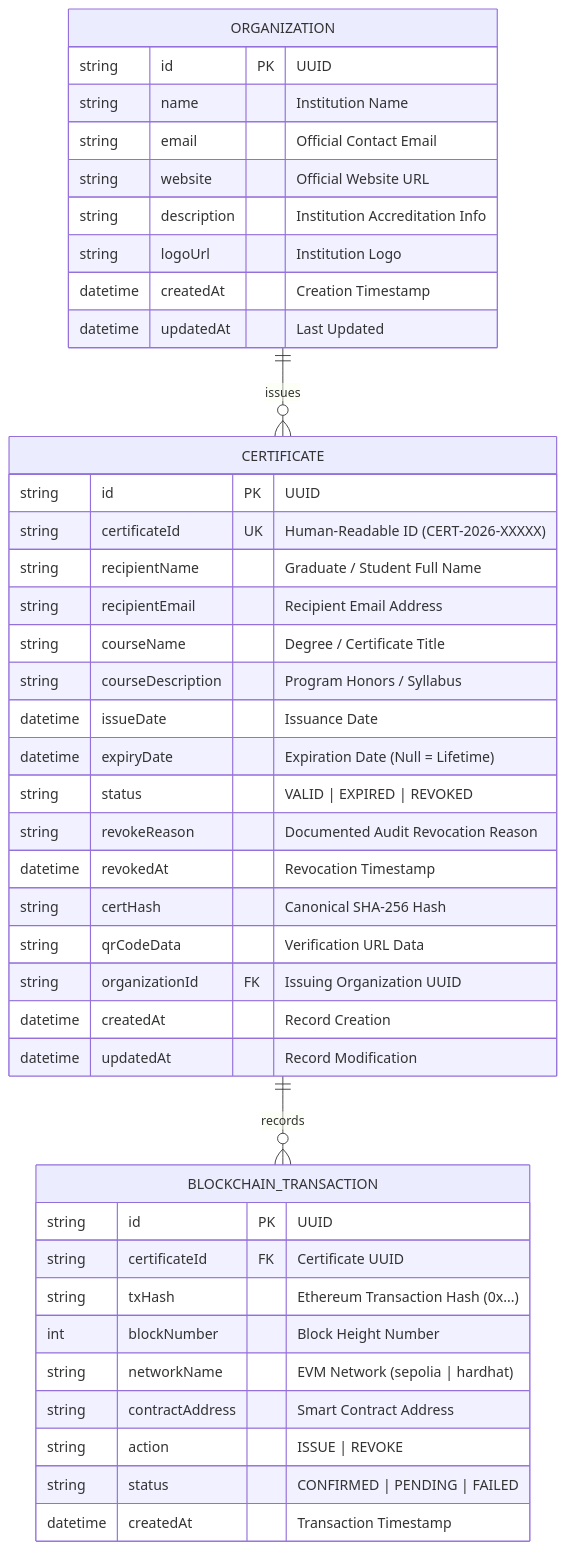
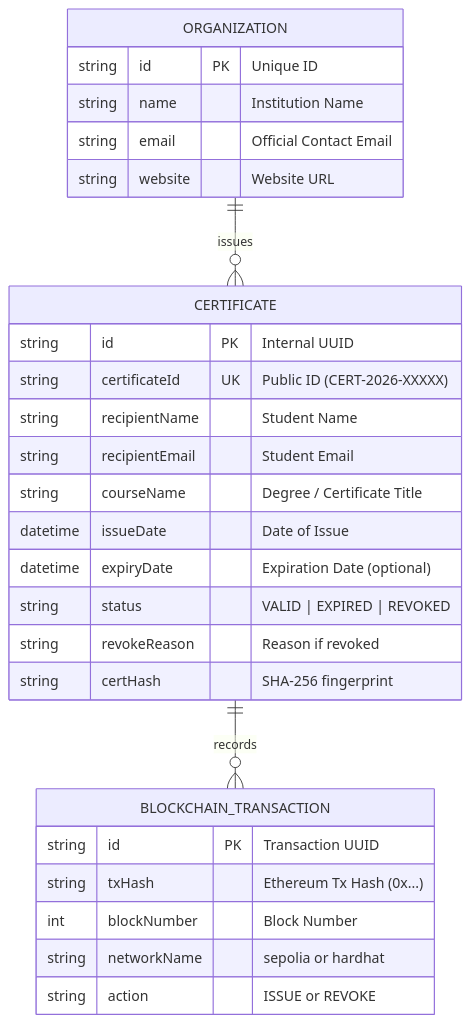
Before and after one commit to mengchheanglong/citadel-blockchain-certificates: the fourth of 4 diagrams in PROJECT_SUBMISSION_REPORT.md, drawn with Mermaid. The commit also changed other lines of this file, not shown here.

````diff
--- a/PROJECT_SUBMISSION_REPORT.md
+++ b/PROJECT_SUBMISSION_REPORT.md
@@ -178,47 +101,33 @@
 ```mermaid
 erDiagram
     ORGANIZATION ||--o{ CERTIFICATE : issues
     CERTIFICATE ||--o{ BLOCKCHAIN_TRANSACTION : records
 
     ORGANIZATION {
-        string id PK "UUID"
+        string id PK "Unique ID"
         string name "Institution Name"
         string email "Official Contact Email"
-        string website "Official Website URL"
-        string description "Institution Accreditation Info"
-        string logoUrl "Institution Logo"
-        datetime createdAt "Creation Timestamp"
-        datetime updatedAt "Last Updated"
+        string website "Website URL"
     }
 
     CERTIFICATE {
-        string id PK "UUID"
-        string certificateId UK "Human-Readable ID (CERT-2026-XXXXX)"
-        string recipientName "Graduate / Student Full Name"
-        string recipientEmail "Recipient Email Address"
+        string id PK "Internal UUID"
+        string certificateId UK "Public ID (CERT-2026-XXXXX)"
+        string recipientName "Student Name"
+        string recipientEmail "Student Email"
         string courseName "Degree / Certificate Title"
-        string courseDescription "Program Honors / Syllabus"
-        datetime issueDate "Issuance Date"
-        datetime expiryDate "Expiration Date (Null = Lifetime)"
+        datetime issueDate "Date of Issue"
+        datetime expiryDate "Expiration Date (optional)"
         string status "VALID | EXPIRED | REVOKED"
-        string revokeReason "Documented Audit Revocation Reason"
-        datetime revokedAt "Revocation Timestamp"
-        string certHash "Canonical SHA-256 Hash"
-        string qrCodeData "Verification URL Data"
-        string organizationId FK "Issuing Organization UUID"
-        datetime createdAt "Record Creation"
-        datetime updatedAt "Record Modification"
+        string revokeReason "Reason if revoked"
+        string certHash "SHA-256 fingerprint"
     }
 
     BLOCKCHAIN_TRANSACTION {
-        string id PK "UUID"
-        string certificateId FK "Certificate UUID"
-        string txHash "Ethereum Transaction Hash (0x...)"
-        int blockNumber "Block Height Number"
-        string networkName "EVM Network (sepolia | hardhat)"
-        string contractAddress "Smart Contract Address"
-        string action "ISSUE | REVOKE"
-        string status "CONFIRMED | PENDING | FAILED"
-        datetime createdAt "Transaction Timestamp"
+        string id PK "Transaction UUID"
+        string txHash "Ethereum Tx Hash (0x...)"
+        int blockNumber "Block Number"
+        string networkName "sepolia or hardhat"
+        string action "ISSUE or REVOKE"
     }
 ```
````
